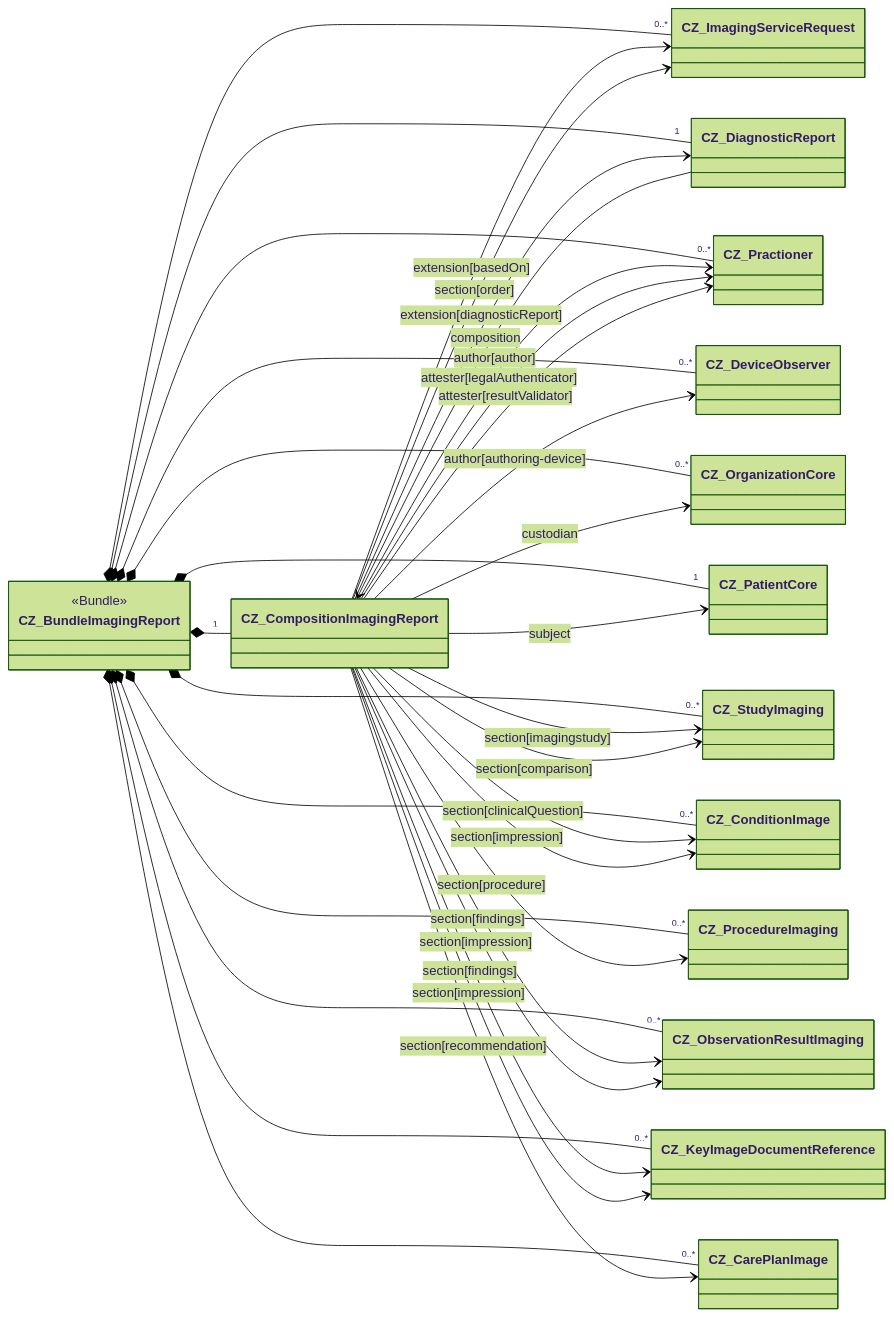
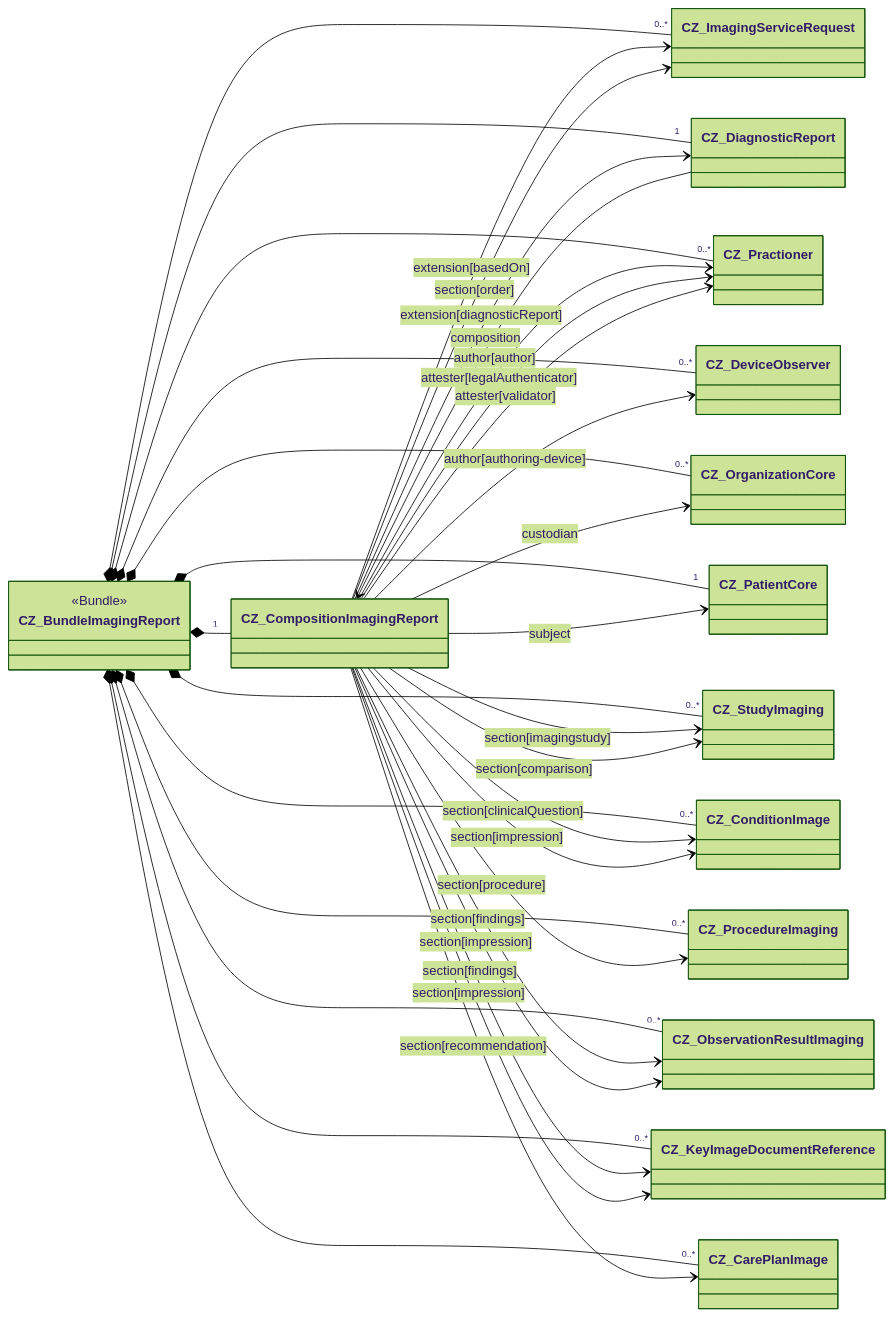
One commit to HL7-cz/img changed the diagram in input/pagecontent/implementation-notes-cs.md. Above: the diagram before and after it, drawn with Mermaid (forest theme).

Commit message:
Update implementation-notes-cs.md
Correction of slice name.

````diff
--- a/input/pagecontent/implementation-notes-cs.md
+++ b/input/pagecontent/implementation-notes-cs.md
@@ -6,44 +6,44 @@
 ```mermaid
 classDiagram
   direction LR
   class CZ_BundleImagingReport{
     <<Bundle>>
   }
   CZ_BundleImagingReport *-- "1" CZ_CompositionImagingReport
   CZ_BundleImagingReport *-- "1" CZ_DiagnosticReport
   CZ_BundleImagingReport *-- "1" CZ_PatientCore
   CZ_BundleImagingReport *-- "0..*" CZ_ImagingServiceRequest
   CZ_BundleImagingReport *-- "0..*" CZ_Practioner
   CZ_BundleImagingReport *-- "0..*" CZ_DeviceObserver
   CZ_BundleImagingReport *-- "0..*" CZ_OrganizationCore
   CZ_BundleImagingReport *-- "0..*" CZ_StudyImaging
   CZ_BundleImagingReport *-- "0..*" CZ_ProcedureImaging
   CZ_BundleImagingReport *-- "0..*" CZ_ObservationResultImaging
   CZ_BundleImagingReport *-- "0..*" CZ_KeyImageDocumentReference
   CZ_BundleImagingReport *-- "0..*" CZ_ConditionImage
   CZ_BundleImagingReport *-- "0..*" CZ_CarePlanImage
 
   CZ_DiagnosticReport --> CZ_CompositionImagingReport: composition
 
 
   CZ_CompositionImagingReport --> CZ_ImagingServiceRequest: extension[basedOn]
   CZ_CompositionImagingReport --> CZ_DiagnosticReport: extension[diagnosticReport]
   CZ_CompositionImagingReport --> CZ_Practioner: author[author]
   CZ_CompositionImagingReport --> CZ_DeviceObserver: author[authoring-device]
   CZ_CompositionImagingReport --> CZ_Practioner: attester[legalAuthenticator]
-  CZ_CompositionImagingReport --> CZ_Practioner: attester[resultValidator]
+  CZ_CompositionImagingReport --> CZ_Practioner: attester[validator]
   CZ_CompositionImagingReport --> CZ_OrganizationCore: custodian
   CZ_CompositionImagingReport --> CZ_PatientCore: subject
   CZ_CompositionImagingReport --> CZ_StudyImaging: section[imagingstudy]
   CZ_CompositionImagingReport --> CZ_ImagingServiceRequest: section[order]
   CZ_CompositionImagingReport --> CZ_ConditionImage: section[clinicalQuestion]
   CZ_CompositionImagingReport --> CZ_ProcedureImaging: section[procedure]
   CZ_CompositionImagingReport --> CZ_StudyImaging: section[comparison]
   CZ_CompositionImagingReport --> CZ_ObservationResultImaging: section[findings]
   CZ_CompositionImagingReport --> CZ_KeyImageDocumentReference: section[findings]
   CZ_CompositionImagingReport --> CZ_KeyImageDocumentReference: section[impression]
   CZ_CompositionImagingReport --> CZ_ObservationResultImaging: section[impression]
   CZ_CompositionImagingReport --> CZ_ConditionImage: section[impression]
   CZ_CompositionImagingReport --> CZ_CarePlanImage: section[recommendation]
 
 ```
````
